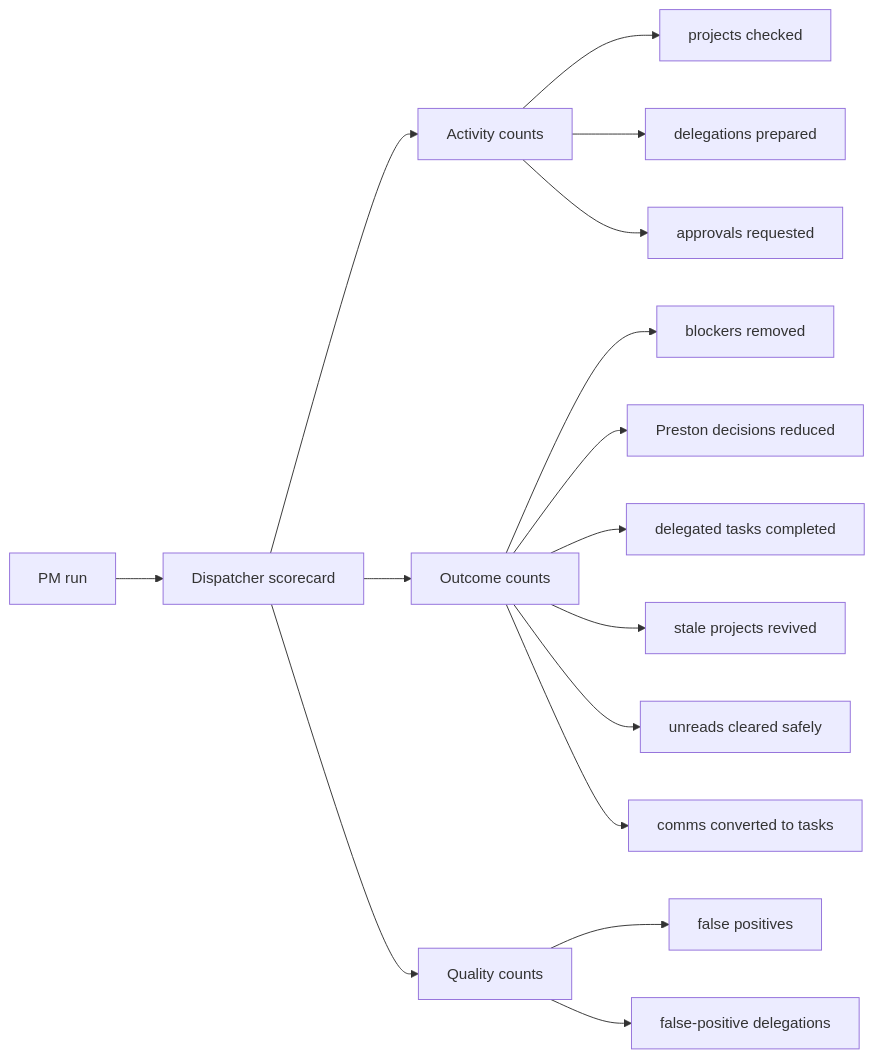
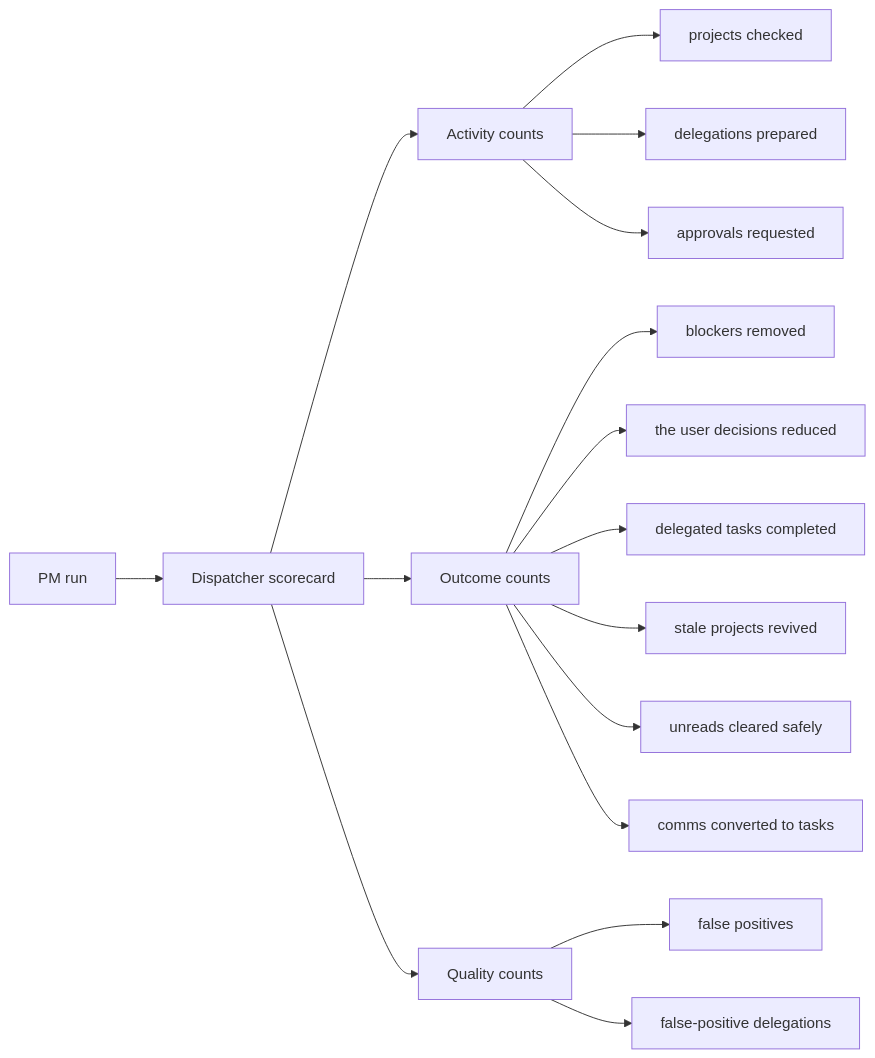
The sixth of 6 diagrams in docs/pm-systems/operations-loop.md (Splintered-Glass-Solutions/SGS_skills), drawn with Mermaid before and after one commit. The commit also changed other lines of this file and 162 other files, not shown here.

````diff
--- a/docs/pm-systems/operations-loop.md
+++ b/docs/pm-systems/operations-loop.md
@@ -144,21 +144,21 @@
 ```mermaid
 flowchart LR
   Run["PM run"] --> Scorecard["Dispatcher scorecard"]
   Scorecard --> Activity["Activity counts"]
   Scorecard --> Outcomes["Outcome counts"]
   Scorecard --> Quality["Quality counts"]
 
   Activity --> A1["projects checked"]
   Activity --> A2["delegations prepared"]
   Activity --> A3["approvals requested"]
 
   Outcomes --> O1["blockers removed"]
-  Outcomes --> O2["Preston decisions reduced"]
+  Outcomes --> O2["the user decisions reduced"]
   Outcomes --> O3["delegated tasks completed"]
   Outcomes --> O4["stale projects revived"]
   Outcomes --> O5["unreads cleared safely"]
   Outcomes --> O6["comms converted to tasks"]
 
   Quality --> Q1["false positives"]
   Quality --> Q2["false-positive delegations"]
 ```
````
